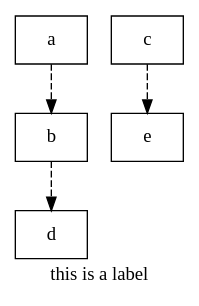
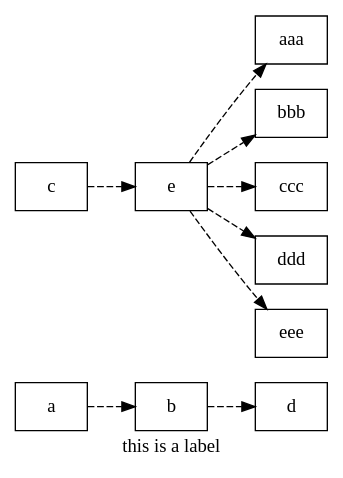
Before and after one commit to ZX1209/CloudStudio: the diagram in Notes/dot.dot, drawn with Graphviz. The commit also changed 15 other files, not shown here.

```diff
--- a/Notes/dot.dot
+++ b/Notes/dot.dot
@@ -1,14 +1,18 @@
 digraph abc{
-  node[shape="record"]
-  edge[style=dashed]
+  
+rankdir="LR"
+  node[shape="record" ]
+  edge[style=dashed ]
   
   label = "this is a label"
   a[shape="record"];
   b;
   c;
   e;
 
   a -> b;
   b -> d;
   c -> e;
+
+  e -> {aaa,bbb,ccc,ddd,eee}
 }
```
